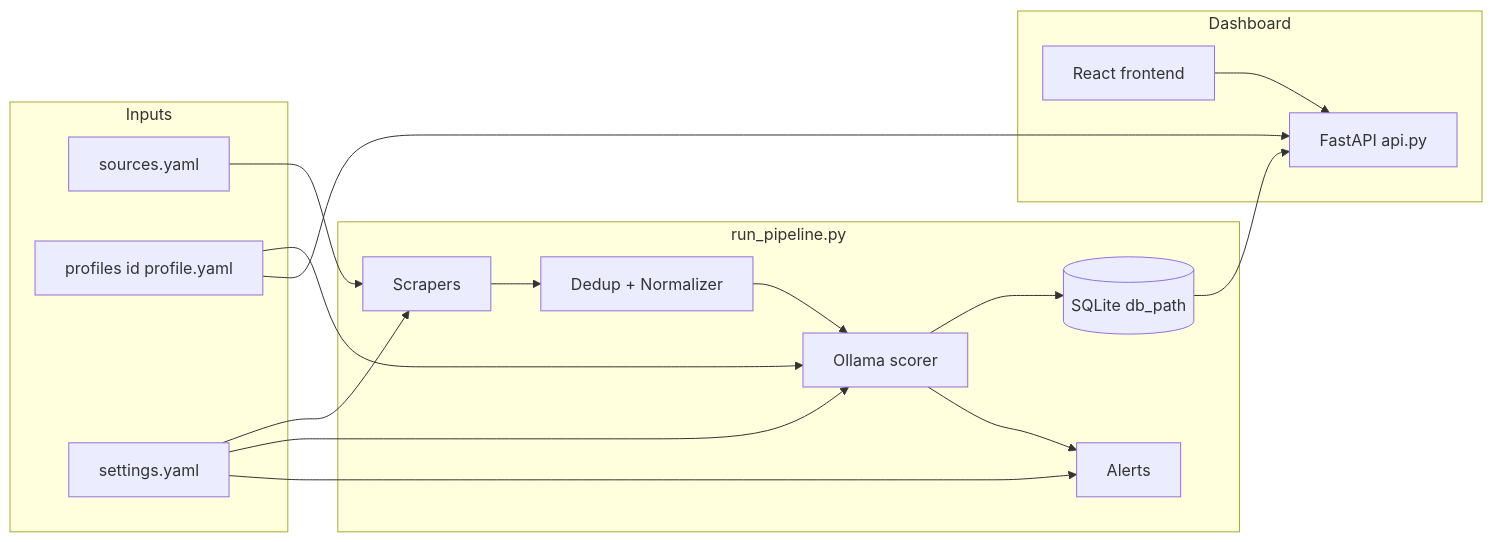
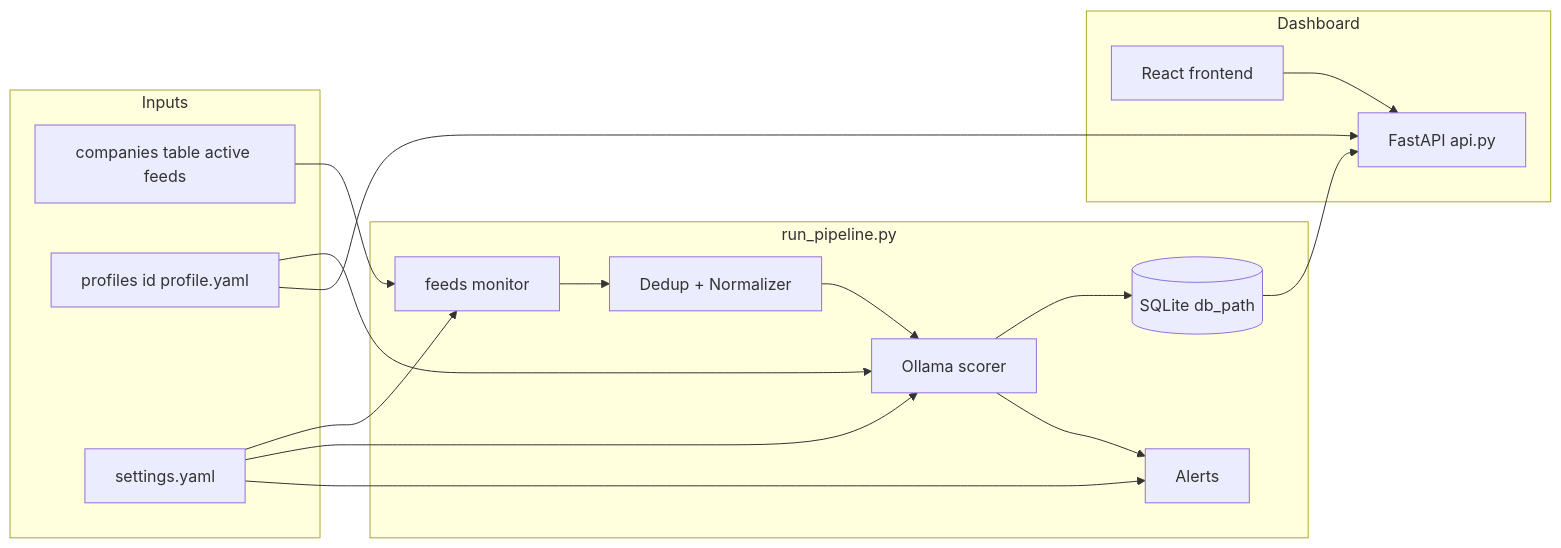
Before and after one commit to jeff-tian-dev/JobRadar: the diagram in docs/project-map.md, drawn with Mermaid. The commit also changed other lines of this file and 26 other files, not shown here.

````diff
--- a/docs/project-map.md
+++ b/docs/project-map.md
@@ -40,31 +41,31 @@
 ```mermaid
 flowchart LR
   subgraph inputs [Inputs]
-    SRC[sources.yaml]
+    CMP[companies table active feeds]
     PROF[profiles id profile.yaml]
     SET[settings.yaml]
   end
   subgraph run [run_pipeline.py]
-    SC[Scrapers]
+    SC[feeds monitor]
     DN[Dedup + Normalizer]
     LLM[Ollama scorer]
     DB[(SQLite db_path)]
     AL[Alerts]
   end
   subgraph ui [Dashboard]
     API[FastAPI api.py]
     FE[React frontend]
   end
-  SRC --> SC
+  CMP --> SC
   SET --> SC
   SET --> LLM
   PROF --> LLM
   SC --> DN
   DN --> LLM
   LLM --> DB
   LLM --> AL
   SET --> AL
   DB --> API
   PROF --> API
   FE --> API
 ```
````
